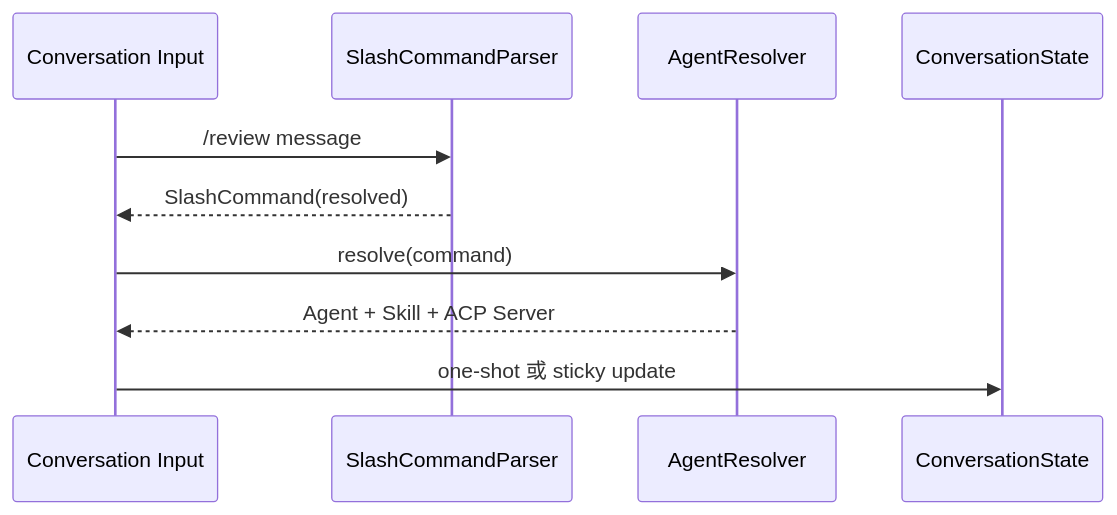
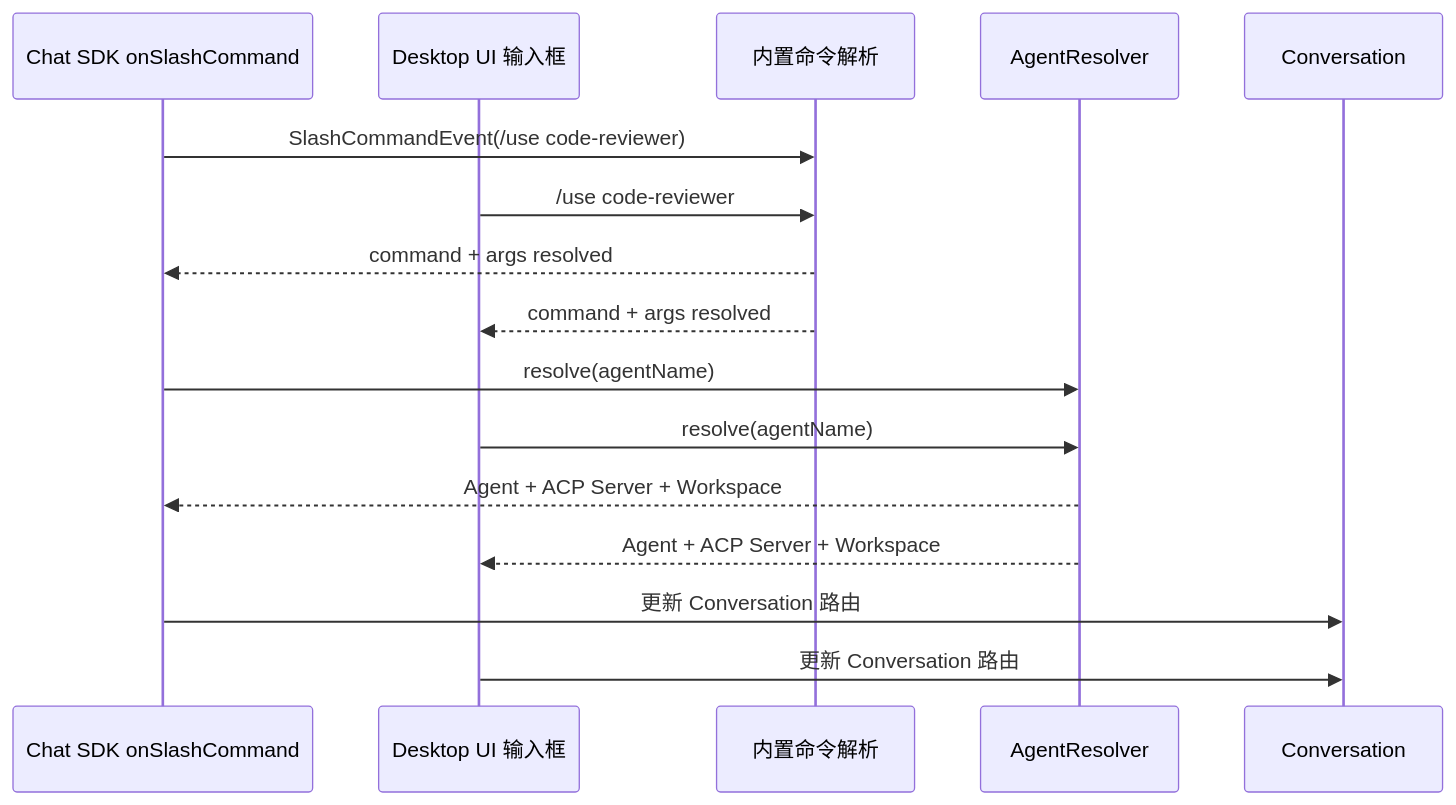
One commit to zhuxining/agentlink changed the second of 3 diagrams in docs/architecture.md. Above: the diagram before and after it, drawn with Mermaid. The commit also changed other lines of this file and 2 other files, not shown here.

First line of the commit message:
docs: 全面重构架构文档和产品蓝图

````diff
--- a/docs/architecture.md
+++ b/docs/architecture.md
@@ -140,13 +227,19 @@
 ```mermaid
 sequenceDiagram
-    participant UI as Conversation Input
-    participant CP as SlashCommandParser
+    participant IM as Chat SDK onSlashCommand
+    participant UI as Desktop UI 输入框
+    participant CMD as 内置命令解析
     participant AR as AgentResolver
-    participant STATE as ConversationState
+    participant STATE as Conversation
 
-    UI->>CP: /review message
-    CP-->>UI: SlashCommand(resolved)
-    UI->>AR: resolve(command)
-    AR-->>UI: Agent + Skill + ACP Server
-    UI->>STATE: one-shot 或 sticky update
+    IM->>CMD: SlashCommandEvent(/use code-reviewer)
+    UI->>CMD: /use code-reviewer
+    CMD-->>IM: command + args resolved
+    CMD-->>UI: command + args resolved
+    IM->>AR: resolve(agentName)
+    UI->>AR: resolve(agentName)
+    AR-->>IM: Agent + ACP Server + Workspace
+    AR-->>UI: Agent + ACP Server + Workspace
+    IM->>STATE: 更新 Conversation 路由
+    UI->>STATE: 更新 Conversation 路由
 ```
````
